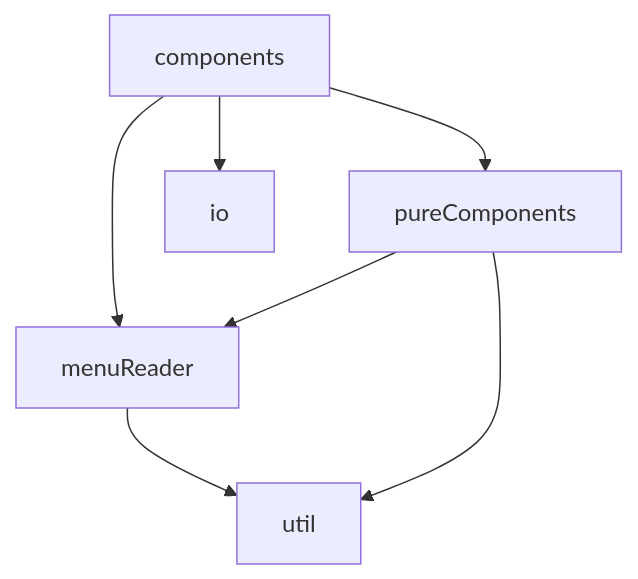
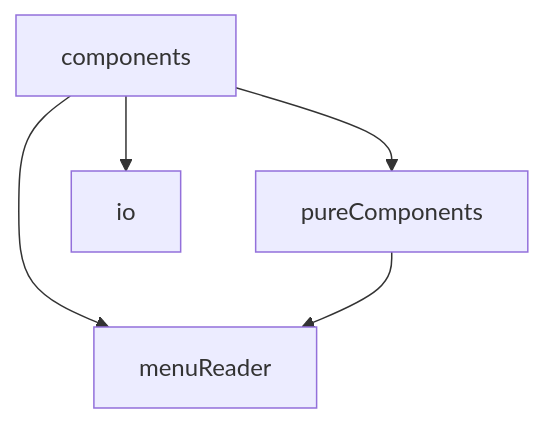
The diagram in README.md (mattriley/caffe-stazione-pos-simulator), drawn with Mermaid before and after one commit. The commit also changed other lines of this file and 9 other files, not shown here.

````diff
--- a/README.md
+++ b/README.md
@@ -47,9 +47,7 @@
 ```mermaid
 graph TD;
     components-->pureComponents;
     components-->menuReader;
     components-->io;
-    menuReader-->util;
     pureComponents-->menuReader;
-    pureComponents-->util;
 ```
````
